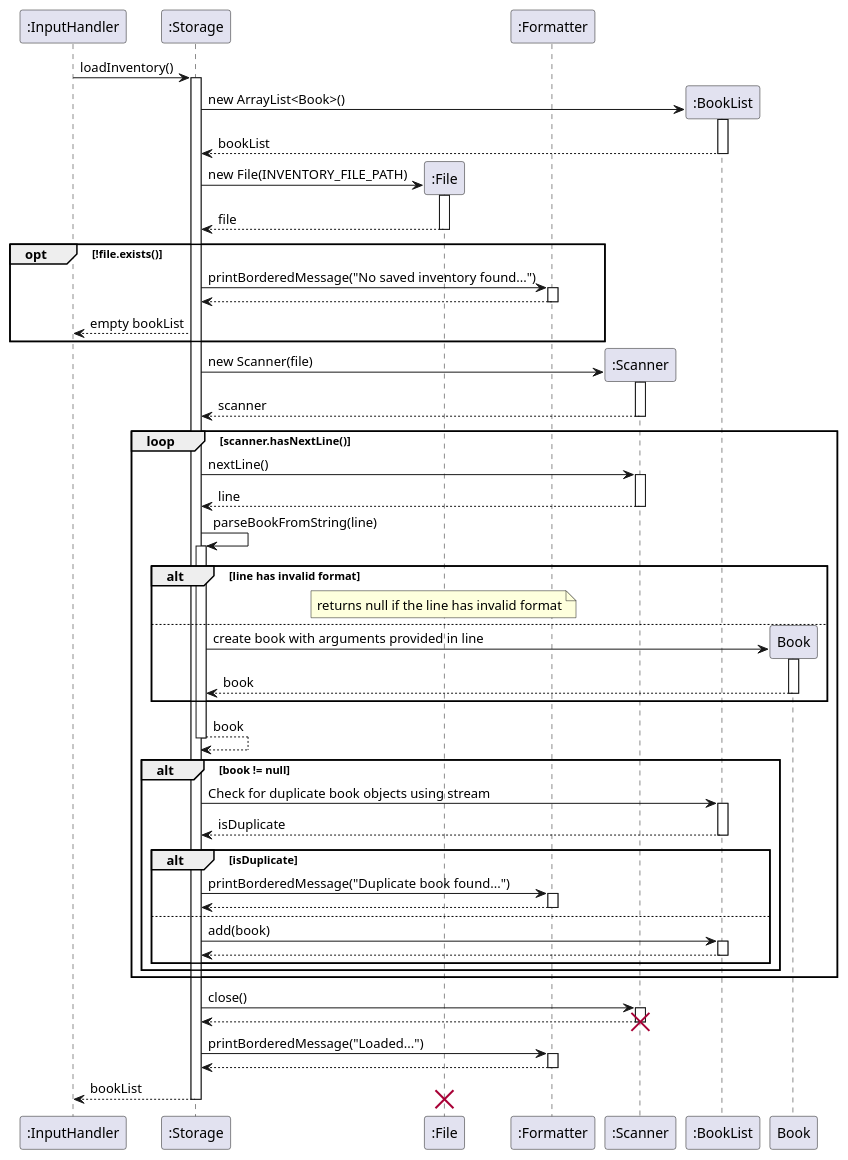
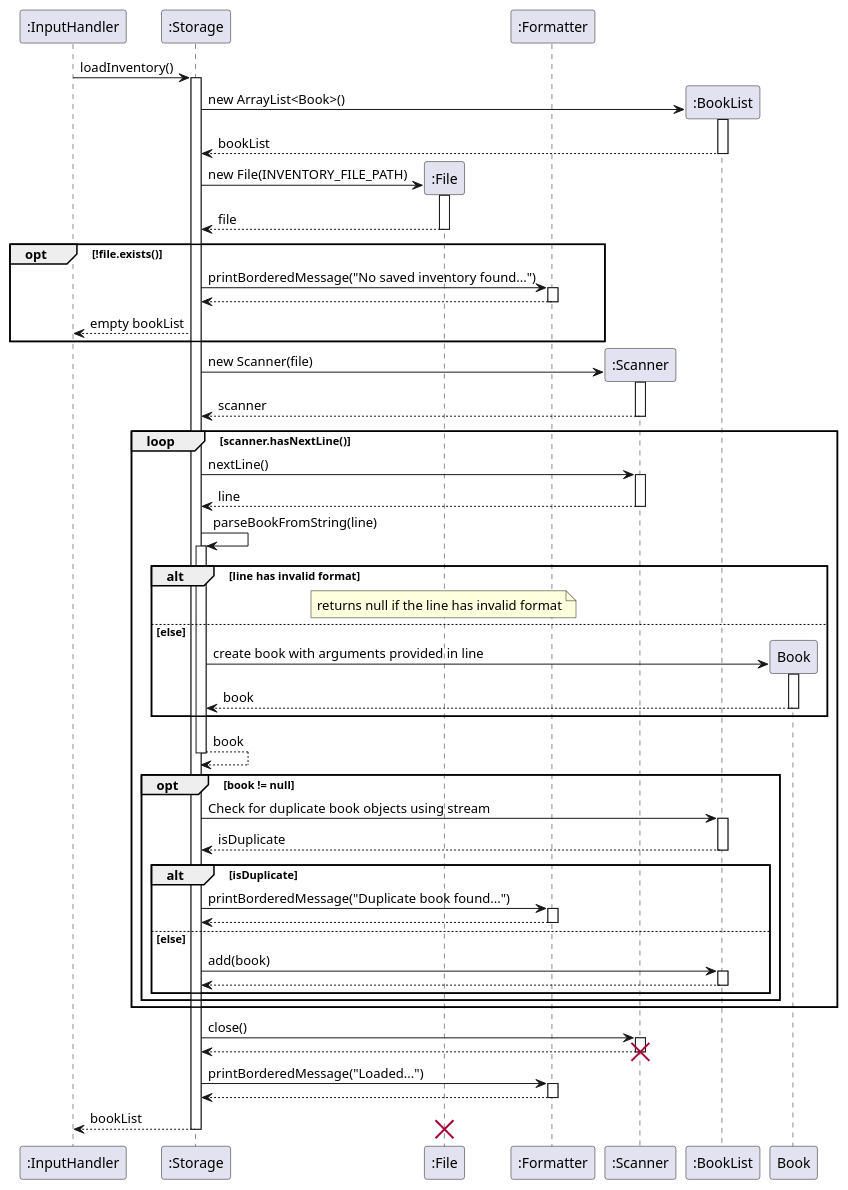
One commit to AY2425S2-CS2113-T12-2/tp changed the diagram in docs/diagrams/loadInventory.puml. Above: the diagram before and after it, drawn with PlantUML. The commit also changed 2 other files, not shown here.

Commit message:
Add [else] for else branch in sequence diagram

```diff
--- a/docs/diagrams/loadInventory.puml
+++ b/docs/diagrams/loadInventory.puml
@@ -1,107 +1,107 @@
 @startuml
 participant InputHandler as ":InputHandler"
 participant Storage as ":Storage"
 participant File as ":File"
 participant Formatter as ":Formatter"
 participant Scanner as ":Scanner"
 
 
 InputHandler -> Storage: loadInventory()
 activate Storage
 
 ' Create a new empty bookList
 create BookList as ":BookList"
 Storage -> BookList: new ArrayList<Book>()
 activate BookList
 BookList --> Storage: bookList
 deactivate BookList
 
 ' Create File object for INVENTORY_FILE_PATH
 Create File
 Storage -> File: new File(INVENTORY_FILE_PATH)
 activate File
 File --> Storage: file
 deactivate File
 
 opt !file.exists()
     Storage -> Formatter: printBorderedMessage("No saved inventory found...")
     activate Formatter
 
     Formatter --> Storage
     deactivate Formatter
     
     Storage --> InputHandler: empty bookList
     end
     ' Open the file using a Scanner
     create Scanner
     Storage -> Scanner: new Scanner(file)
     activate Scanner
     Scanner --> Storage: scanner
     deactivate Scanner
 
     loop scanner.hasNextLine()
         Storage -> Scanner: nextLine()
         activate Scanner
 
         Scanner --> Storage: line
         deactivate Scanner
 
         Storage -> Storage: parseBookFromString(line)
         activate Storage
         alt line has invalid format
             note over File
             returns null if the line has invalid format
             end note
-        else 
+        else else
             create Book
             Storage -> Book: create book with arguments provided in line
             activate Book
             Book --> Storage: book
             deactivate Book
         end
         Storage --> Storage: book
         deactivate Storage
 
-        alt book != null
+        opt book != null
             ' Check for duplicate book
             Storage -> BookList: Check for duplicate book objects using stream
             activate BookList
             BookList --> Storage: isDuplicate
             deactivate BookList
             alt isDuplicate
                 ' Book already exists, skip adding it
                 Storage -> Formatter: printBorderedMessage("Duplicate book found...")
                 activate Formatter
                 Formatter --> Storage
                 deactivate Formatter
                 
-            else
+            else else
                 ' Add book to bookList
                 Storage -> BookList: add(book)
                 activate BookList
                 BookList --> Storage
                 deactivate BookList
             end 
         end
     end
 
     
 
     Storage -> Scanner: close()
     activate Scanner
     Scanner --> Storage
     deactivate Scanner
     destroy Scanner
     ' Print message with number of books loaded
     Storage -> Formatter: printBorderedMessage("Loaded...")
     activate Formatter
     Formatter --> Storage
     deactivate Formatter
     
 
     Storage --> InputHandler: bookList
     destroy File
     deactivate Storage
 
 deactivate Storage
 @enduml
```
